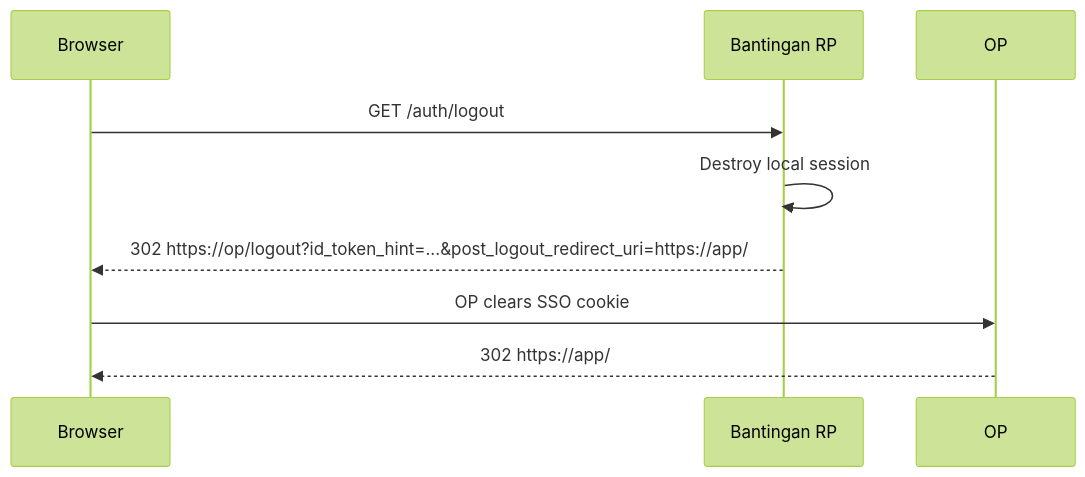
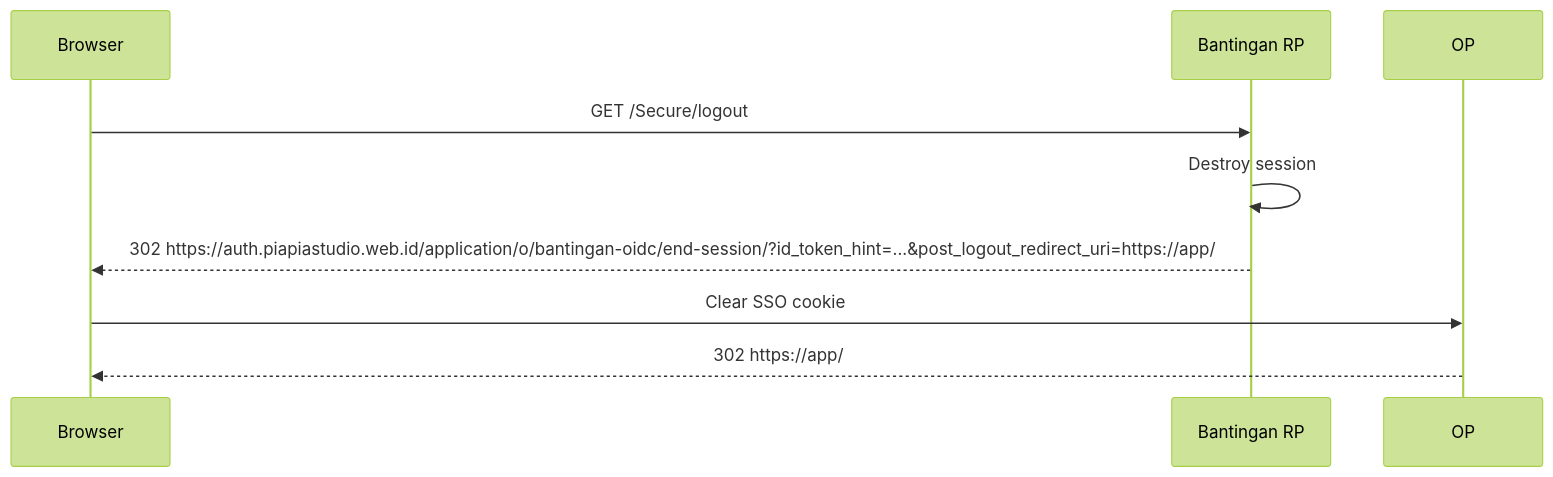
Before and after one commit to susilon/bantingan-oidc: the third of 3 diagrams in README.md, drawn with Mermaid (forest theme). The commit also changed other lines of this file, not shown here.

Commit message:
docs: update README with SecureController, Authentik OIDC config, modern layout, and latest fixes

````diff
--- a/README.md
+++ b/README.md
@@ -105,12 +108,12 @@
 ```mermaid
 sequenceDiagram
     participant B as Browser
     participant R as Bantingan RP
     participant OP as OP
 
-    B->>R: GET /auth/logout
-    R->>R: Destroy local session
-    R-->>B: 302 https://op/logout?id_token_hint=...&post_logout_redirect_uri=https://app/
-    B->>OP: OP clears SSO cookie
+    B->>R: GET /Secure/logout
+    R->>R: Destroy session
+    R-->>B: 302 https://auth.piapiastudio.web.id/application/o/bantingan-oidc/end-session/?id_token_hint=...&post_logout_redirect_uri=https://app/
+    B->>OP: Clear SSO cookie
     OP-->>B: 302 https://app/
 ```
````
